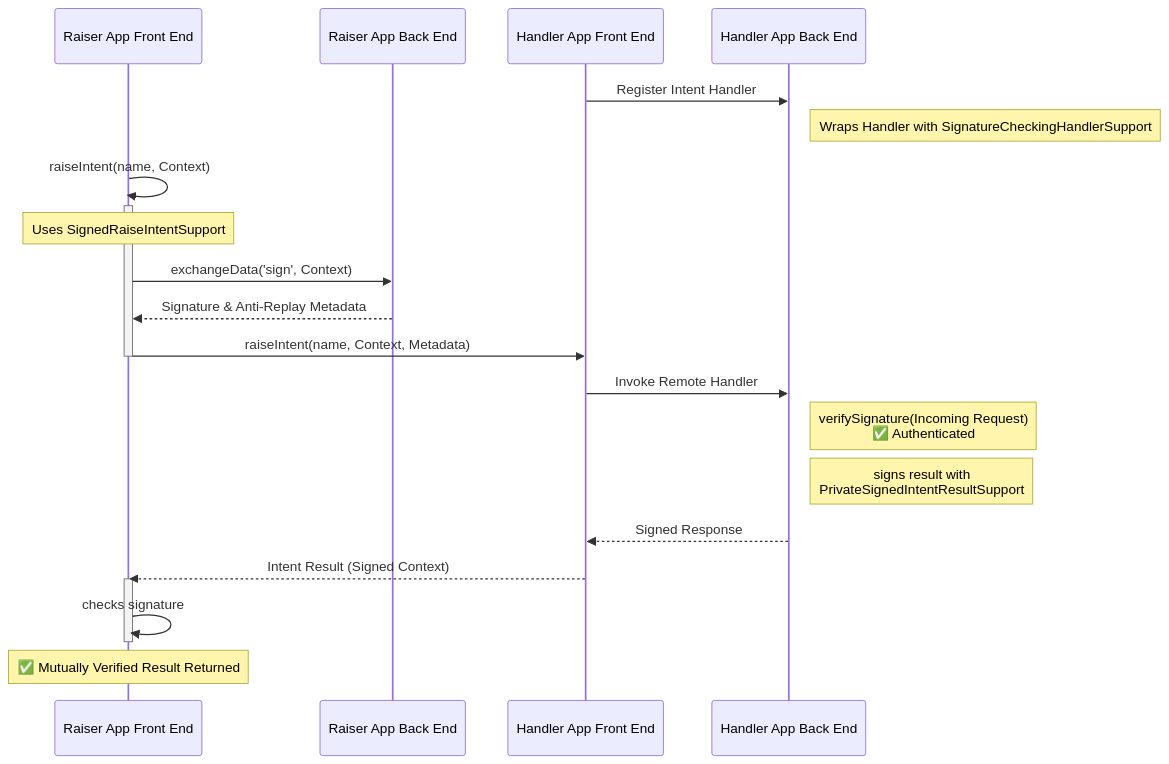
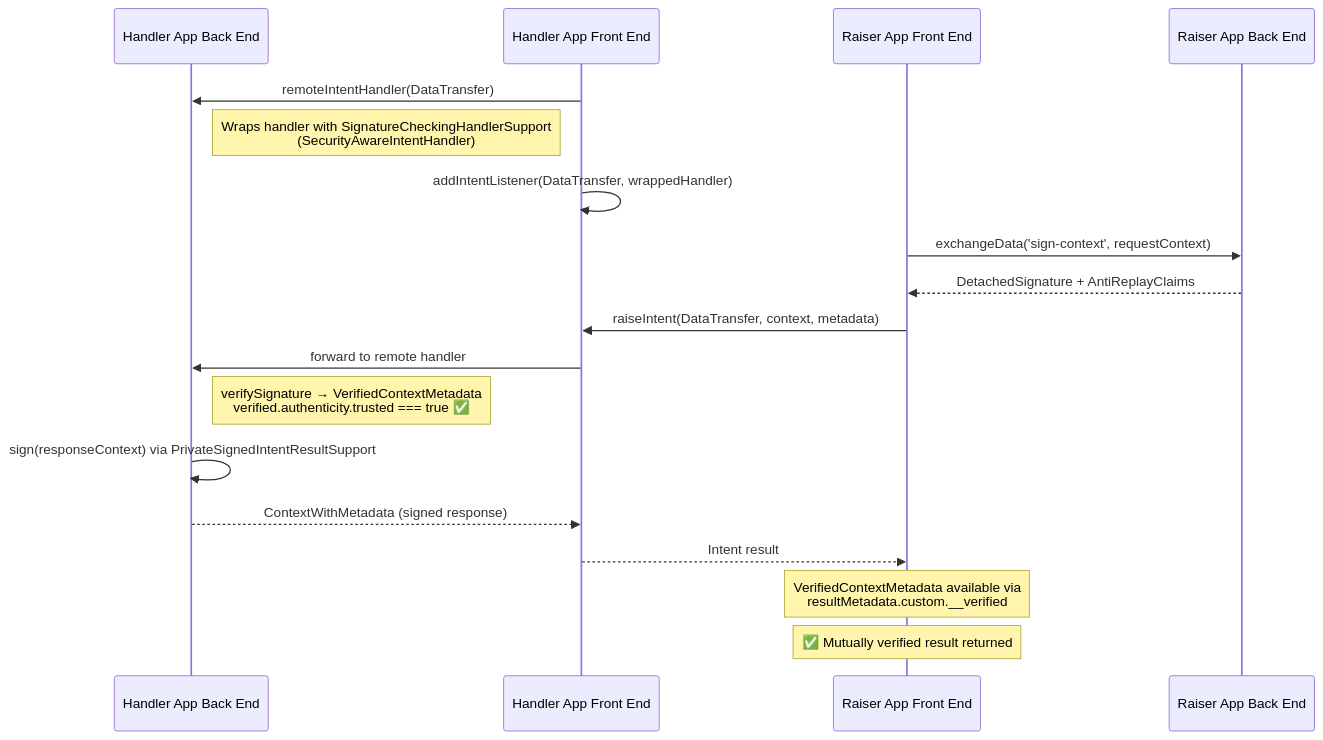
The fourth of 5 diagrams in packages/fdc3-security/samples/README.md (finos/FDC3), drawn with Mermaid before and after one commit. The commit also changed other lines of this file and 1 other file, not shown here.

Commit message:
fdc3-security README file fixes

````diff
--- a/packages/fdc3-security/samples/README.md
+++ b/packages/fdc3-security/samples/README.md
@@ -117,30 +140,25 @@
 ```mermaid
 sequenceDiagram
-    participant BFE as Raiser App Front End
-    participant BBE as Raiser App Back End
-    participant AFE as Handler App Front End
-    participant ABE as Handler App Back End
+    participant HBE as Handler App Back End
+    participant HFE as Handler App Front End
+    participant RFE as Raiser App Front End
+    participant RBE as Raiser App Back End
 
-    AFE->>ABE: Register Intent Handler
-    Note right of ABE: Wraps Handler with SignatureCheckingHandlerSupport
+    HFE->>HBE: remoteIntentHandler(DataTransfer)
+    Note right of HBE: Wraps handler with SignatureCheckingHandlerSupport<br/>(SecurityAwareIntentHandler)
+    HFE->>HFE: addIntentListener(DataTransfer, wrappedHandler)
 
-    BFE->>BFE: raiseIntent(name, Context)
-    activate BFE
-    Note over BFE: Uses SignedRaiseIntentSupport
-    BFE->>BBE: exchangeData('sign', Context)
-    BBE-->>BFE: Signature & Anti-Replay Metadata
-    BFE->>AFE: raiseIntent(name, Context, Metadata)
-    deactivate BFE
-    
-    AFE->>ABE: Invoke Remote Handler
-    Note right of ABE: verifySignature(Incoming Request)<br/>✅ Authenticated
-    
-    Note right of ABE: signs result with<br/>PrivateSignedIntentResultSupport
-    ABE-->>AFE: Signed Response
-    AFE-->>BFE: Intent Result (Signed Context)
+    RFE->>RBE: exchangeData('sign-context', requestContext)
+    RBE-->>RFE: DetachedSignature + AntiReplayClaims
 
-    activate BFE
-    BFE->>BFE: checks signature
-    deactivate BFE    
-    Note over BFE: ✅ Mutually Verified Result Returned
+    RFE->>HFE: raiseIntent(DataTransfer, context, metadata)
+    HFE->>HBE: forward to remote handler
+
+    Note right of HBE: verifySignature → VerifiedContextMetadata<br/>verified.authenticity.trusted === true ✅
+    HBE->>HBE: sign(responseContext) via PrivateSignedIntentResultSupport
+    HBE-->>HFE: ContextWithMetadata (signed response)
+    HFE-->>RFE: Intent result
+
+    Note over RFE: VerifiedContextMetadata available via<br/>resultMetadata.custom.__verified
+    Note over RFE: ✅ Mutually verified result returned
 ```
````
